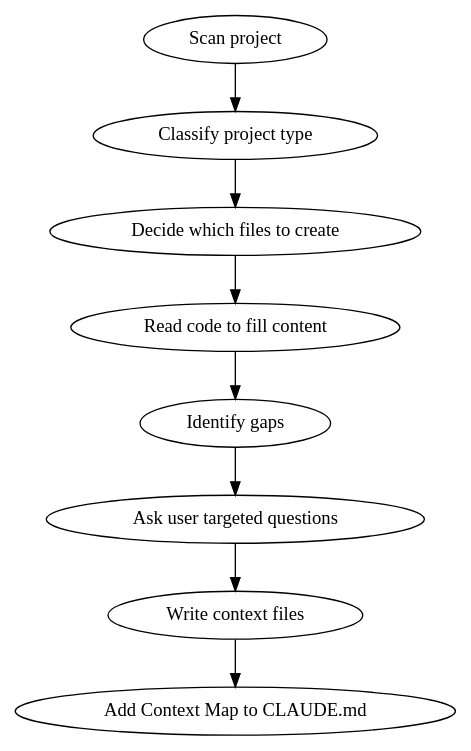
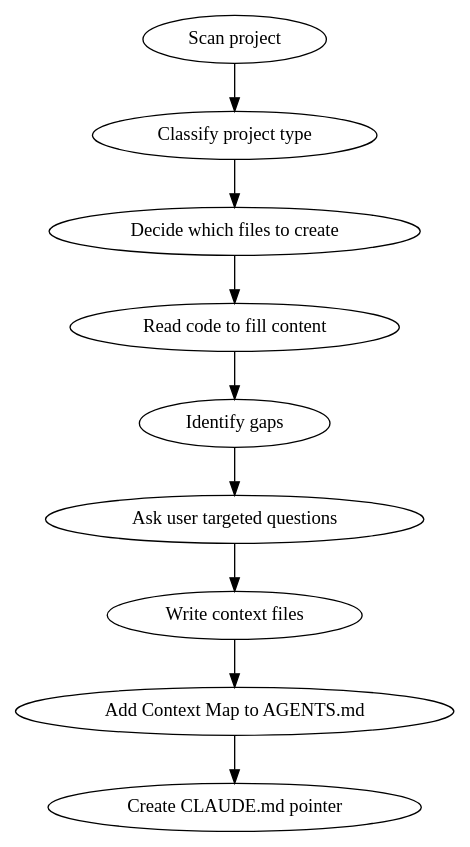
One commit to andrewcodesit/skills changed the diagram in skills/context/init-context-files/SKILL.md. Above: the diagram before and after it, drawn with Graphviz. The commit also changed other lines of this file and 8 other files, not shown here.

````diff
--- a/skills/context/init-context-files/SKILL.md
+++ b/skills/context/init-context-files/SKILL.md
@@ -14,12 +14,13 @@
 ```dot
 digraph flow {
   rankdir=TB;
   "Scan project" -> "Classify project type";
   "Classify project type" -> "Decide which files to create";
   "Decide which files to create" -> "Read code to fill content";
   "Read code to fill content" -> "Identify gaps";
   "Identify gaps" -> "Ask user targeted questions";
   "Ask user targeted questions" -> "Write context files";
-  "Write context files" -> "Add Context Map to CLAUDE.md";
+  "Write context files" -> "Add Context Map to AGENTS.md";
+  "Add Context Map to AGENTS.md" -> "Create CLAUDE.md pointer";
 }
 ```
````
